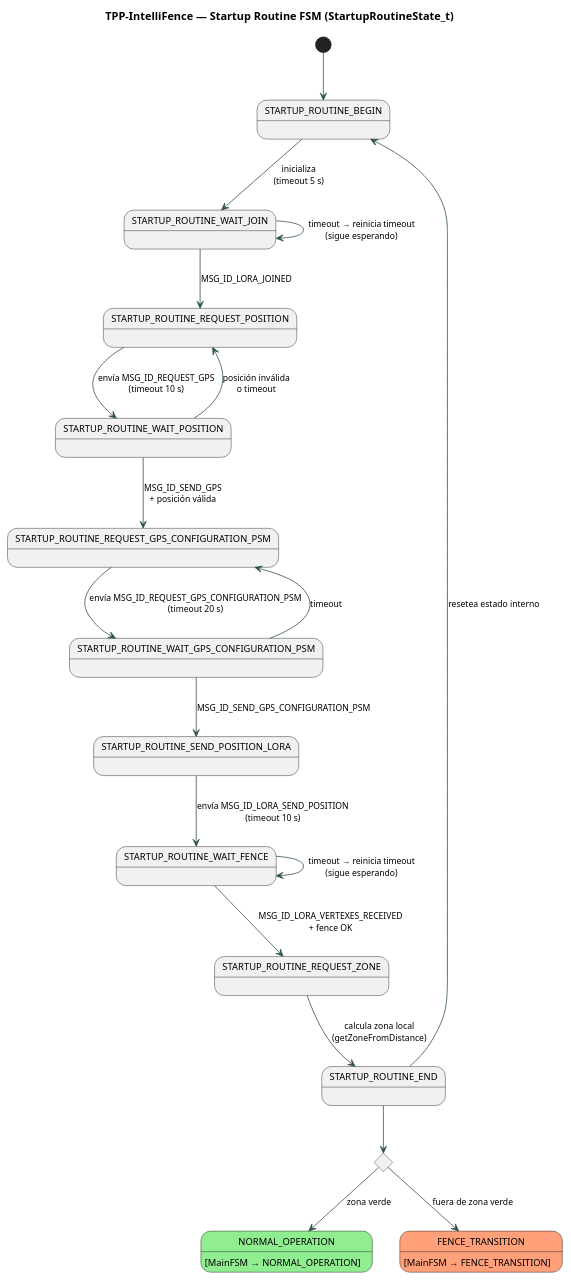
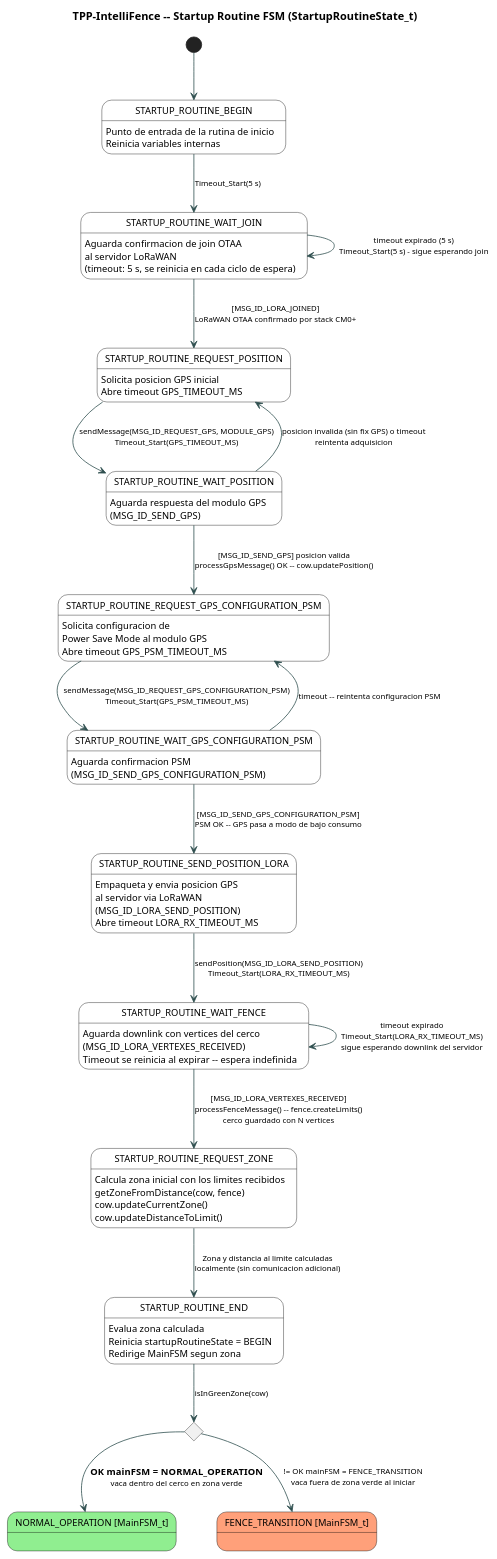
Before and after one commit to AgustinPessina00/TPP-IntelliFence: the diagram in docs/06_uml/startup_routine_fsm.puml, drawn with PlantUML. The commit also changed 3 other files, not shown here.

Commit message:
refactor(UML): standardize titles and improve state descriptions across FSM diagrams

```diff
--- a/docs/06_uml/startup_routine_fsm.puml
+++ b/docs/06_uml/startup_routine_fsm.puml
@@ -1,46 +1,65 @@
 @startuml startup_routine_fsm
-title TPP-IntelliFence — Startup Routine FSM (StartupRoutineState_t)
+title TPP-IntelliFence -- Startup Routine FSM (StartupRoutineState_t)
 
 skinparam state {
-    BorderColor Black
-    FontSize 12
-    ArrowFontSize 11
+    BorderColor     Black
+    FontSize        12
+    ArrowFontSize   10
+    BackgroundColor White
 }
 skinparam ArrowColor DarkSlateGray
 
-[*] --> STARTUP_ROUTINE_BEGIN
+[*] --> BEGIN
 
-STARTUP_ROUTINE_BEGIN --> STARTUP_ROUTINE_WAIT_JOIN : inicializa\n(timeout 5 s)
+state "STARTUP_ROUTINE_BEGIN" as BEGIN         : Punto de entrada de la rutina de inicio\nReinicia variables internas
 
-STARTUP_ROUTINE_WAIT_JOIN --> STARTUP_ROUTINE_REQUEST_POSITION  : MSG_ID_LORA_JOINED
-STARTUP_ROUTINE_WAIT_JOIN --> STARTUP_ROUTINE_WAIT_JOIN          : timeout → reinicia timeout\n(sigue esperando)
+state "STARTUP_ROUTINE_WAIT_JOIN" as WAIT_JOIN : Aguarda confirmacion de join OTAA\nal servidor LoRaWAN\n(timeout: 5 s, se reinicia en cada ciclo de espera)
 
-STARTUP_ROUTINE_REQUEST_POSITION --> STARTUP_ROUTINE_WAIT_POSITION : envía MSG_ID_REQUEST_GPS\n(timeout 10 s)
+state "STARTUP_ROUTINE_REQUEST_POSITION" as REQ_POS : Solicita posicion GPS inicial\nAbre timeout GPS_TIMEOUT_MS
 
-STARTUP_ROUTINE_WAIT_POSITION --> STARTUP_ROUTINE_REQUEST_GPS_CONFIGURATION_PSM : MSG_ID_SEND_GPS\n+ posición válida
-STARTUP_ROUTINE_WAIT_POSITION --> STARTUP_ROUTINE_REQUEST_POSITION               : posición inválida\no timeout
+state "STARTUP_ROUTINE_WAIT_POSITION" as WAIT_POS  : Aguarda respuesta del modulo GPS\n(MSG_ID_SEND_GPS)
 
-STARTUP_ROUTINE_REQUEST_GPS_CONFIGURATION_PSM --> STARTUP_ROUTINE_WAIT_GPS_CONFIGURATION_PSM : envía MSG_ID_REQUEST_GPS_CONFIGURATION_PSM\n(timeout 20 s)
+state "STARTUP_ROUTINE_REQUEST_GPS_CONFIGURATION_PSM" as REQ_PSM : Solicita configuracion de\nPower Save Mode al modulo GPS\nAbre timeout GPS_PSM_TIMEOUT_MS
 
-STARTUP_ROUTINE_WAIT_GPS_CONFIGURATION_PSM --> STARTUP_ROUTINE_SEND_POSITION_LORA           : MSG_ID_SEND_GPS_CONFIGURATION_PSM
-STARTUP_ROUTINE_WAIT_GPS_CONFIGURATION_PSM --> STARTUP_ROUTINE_REQUEST_GPS_CONFIGURATION_PSM : timeout
+state "STARTUP_ROUTINE_WAIT_GPS_CONFIGURATION_PSM" as WAIT_PSM  : Aguarda confirmacion PSM\n(MSG_ID_SEND_GPS_CONFIGURATION_PSM)
 
-STARTUP_ROUTINE_SEND_POSITION_LORA --> STARTUP_ROUTINE_WAIT_FENCE : envía MSG_ID_LORA_SEND_POSITION\n(timeout 10 s)
+state "STARTUP_ROUTINE_SEND_POSITION_LORA" as SEND_LORA : Empaqueta y envia posicion GPS\nal servidor via LoRaWAN\n(MSG_ID_LORA_SEND_POSITION)\nAbre timeout LORA_RX_TIMEOUT_MS
 
-STARTUP_ROUTINE_WAIT_FENCE --> STARTUP_ROUTINE_REQUEST_ZONE : MSG_ID_LORA_VERTEXES_RECEIVED\n+ fence OK
-STARTUP_ROUTINE_WAIT_FENCE --> STARTUP_ROUTINE_WAIT_FENCE  : timeout → reinicia timeout\n(sigue esperando)
+state "STARTUP_ROUTINE_WAIT_FENCE" as WAIT_FENCE : Aguarda downlink con vertices del cerco\n(MSG_ID_LORA_VERTEXES_RECEIVED)\nTimeout se reinicia al expirar -- espera indefinida
 
-STARTUP_ROUTINE_REQUEST_ZONE --> STARTUP_ROUTINE_END : calcula zona local\n(getZoneFromDistance)
+state "STARTUP_ROUTINE_REQUEST_ZONE" as REQ_ZONE : Calcula zona inicial con los limites recibidos\ngetZoneFromDistance(cow, fence)\ncow.updateCurrentZone()\ncow.updateDistanceToLimit()
 
-STARTUP_ROUTINE_END --> STARTUP_ROUTINE_BEGIN : resetea estado interno
+state "STARTUP_ROUTINE_END" as END             : Evalua zona calculada\nReinicia startupRoutineState = BEGIN\nRedirige MainFSM segun zona
 
-state fork_end <<choice>>
-STARTUP_ROUTINE_END --> fork_end
+state "NORMAL_OPERATION [MainFSM_t]" as NORMAL_OP   #LightGreen
+state "FENCE_TRANSITION [MainFSM_t]" as FENCE_TRANS #LightSalmon
 
-fork_end --> NORMAL_OPERATION   : zona verde
-fork_end --> FENCE_TRANSITION   : fuera de zona verde
+BEGIN --> WAIT_JOIN : Timeout_Start(5 s)
 
-state NORMAL_OPERATION   #LightGreen  : [MainFSM → NORMAL_OPERATION]
-state FENCE_TRANSITION   #LightSalmon : [MainFSM → FENCE_TRANSITION]
+WAIT_JOIN --> REQ_POS   : [MSG_ID_LORA_JOINED]\nLoRaWAN OTAA confirmado por stack CM0+
+WAIT_JOIN --> WAIT_JOIN : timeout expirado (5 s)\nTimeout_Start(5 s) - sigue esperando join
+
+REQ_POS --> WAIT_POS : sendMessage(MSG_ID_REQUEST_GPS, MODULE_GPS)\nTimeout_Start(GPS_TIMEOUT_MS)
+
+WAIT_POS --> REQ_PSM  : [MSG_ID_SEND_GPS] posicion valida\nprocessGpsMessage() OK -- cow.updatePosition()
+WAIT_POS --> REQ_POS  : posicion invalida (sin fix GPS) o timeout\nreintenta adquisicion
+
+REQ_PSM --> WAIT_PSM : sendMessage(MSG_ID_REQUEST_GPS_CONFIGURATION_PSM)\nTimeout_Start(GPS_PSM_TIMEOUT_MS)
+
+WAIT_PSM --> SEND_LORA : [MSG_ID_SEND_GPS_CONFIGURATION_PSM]\nPSM OK -- GPS pasa a modo de bajo consumo
+WAIT_PSM --> REQ_PSM   : timeout -- reintenta configuracion PSM
+
+SEND_LORA --> WAIT_FENCE : sendPosition(MSG_ID_LORA_SEND_POSITION)\nTimeout_Start(LORA_RX_TIMEOUT_MS)
+
+WAIT_FENCE --> REQ_ZONE   : [MSG_ID_LORA_VERTEXES_RECEIVED]\nprocessFenceMessage() -- fence.createLimits()\ncerco guardado con N vertices
+WAIT_FENCE --> WAIT_FENCE : timeout expirado\nTimeout_Start(LORA_RX_TIMEOUT_MS)\nsigue esperando downlink del servidor
+
+REQ_ZONE --> END : Zona y distancia al limite calculadas\nlocalmente (sin comunicacion adicional)
+
+state fork_out <<choice>>
+END --> fork_out : isInGreenZone(cow)
+
+fork_out --> NORMAL_OP   : == OK  mainFSM = NORMAL_OPERATION\nvaca dentro del cerco en zona verde
+fork_out --> FENCE_TRANS : != OK  mainFSM = FENCE_TRANSITION\nvaca fuera de zona verde al iniciar
 
 @enduml
```
